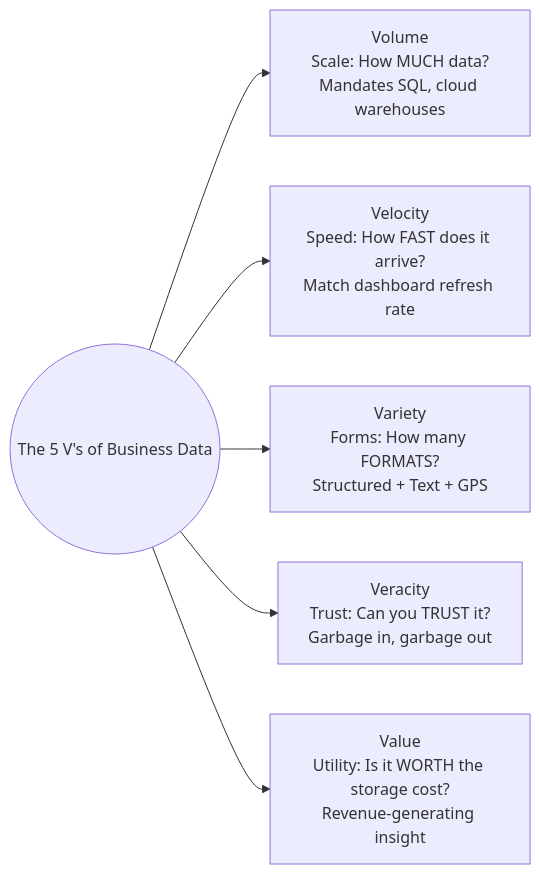
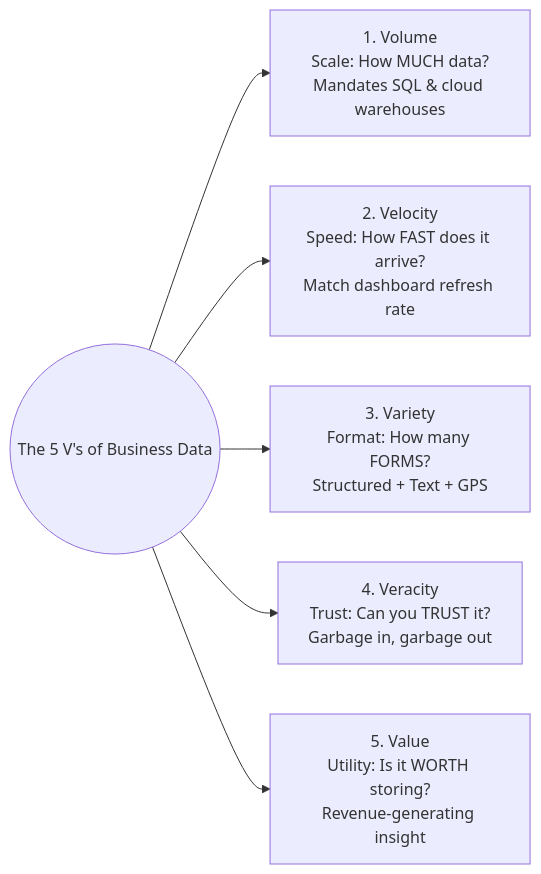
One commit to DeepLumiere/DeepSkills changed the second of 8 diagrams in notes/data_analysis/Chapter9_Features_of_Business_Data.md. Above: the diagram before and after it, drawn with Mermaid. The commit also changed other lines of this file and 8 other files, not shown here.

````diff
--- a/notes/data_analysis/Chapter9_Features_of_Business_Data.md
+++ b/notes/data_analysis/Chapter9_Features_of_Business_Data.md
@@ -63,9 +41,9 @@
 ```mermaid
 flowchart LR
     Root(("The 5 V's of Business Data"))
-    Root --> V1["Volume<br/>Scale: How MUCH data?<br/>Mandates SQL, cloud warehouses"]
-    Root --> V2["Velocity<br/>Speed: How FAST does it arrive?<br/>Match dashboard refresh rate"]
-    Root --> V3["Variety<br/>Forms: How many FORMATS?<br/>Structured + Text + GPS"]
-    Root --> V4["Veracity<br/>Trust: Can you TRUST it?<br/>Garbage in, garbage out"]
-    Root --> V5["Value<br/>Utility: Is it WORTH the storage cost?<br/>Revenue-generating insight"]
+    Root --> V1["1. Volume<br/>Scale: How MUCH data?<br/>Mandates SQL & cloud warehouses"]
+    Root --> V2["2. Velocity<br/>Speed: How FAST does it arrive?<br/>Match dashboard refresh rate"]
+    Root --> V3["3. Variety<br/>Format: How many FORMS?<br/>Structured + Text + GPS"]
+    Root --> V4["4. Veracity<br/>Trust: Can you TRUST it?<br/>Garbage in, garbage out"]
+    Root --> V5["5. Value<br/>Utility: Is it WORTH storing?<br/>Revenue-generating insight"]
 ```
````
